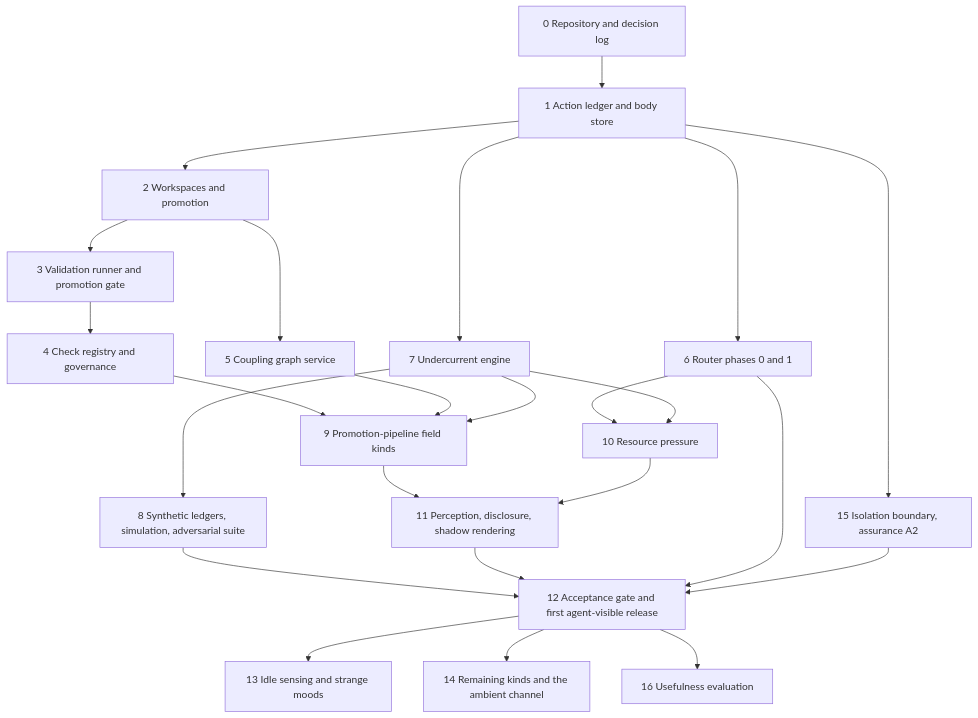
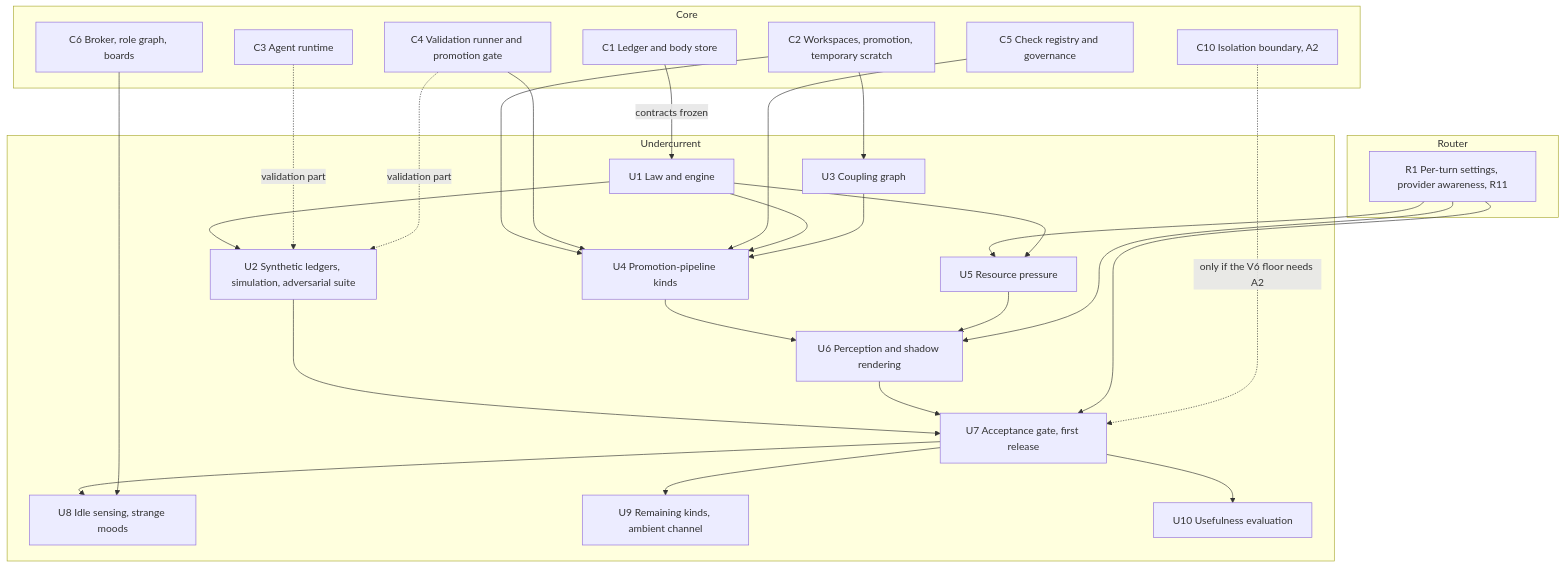
One commit to Darius-PJ/dwarf-harness changed the diagram in docs/ROADMAP-UNDERCURRENT.md. Above: the diagram before and after it, drawn with Mermaid. The commit also changed other lines of this file and 9 other files, not shown here.

First line of the commit message:
docs: record implementation walkthrough decisions and split the roadmap

````diff
--- a/docs/ROADMAP-UNDERCURRENT.md
+++ b/docs/ROADMAP-UNDERCURRENT.md
@@ -38,26 +68,48 @@
 ```mermaid
 flowchart TD
-  S0[0 Repository and decision log] --> S1[1 Action ledger and body store]
-  S1 --> S2[2 Workspaces and promotion]
-  S1 --> S6[6 Router phases 0 and 1]
-  S2 --> S3[3 Validation runner and promotion gate]
-  S3 --> S4[4 Check registry and governance]
-  S2 --> S5[5 Coupling graph service]
-  S1 --> S7[7 Undercurrent engine]
-  S7 --> S8[8 Synthetic ledgers, simulation, adversarial suite]
-  S4 --> S9[9 Promotion-pipeline field kinds]
-  S5 --> S9
-  S7 --> S9
-  S6 --> S10[10 Resource pressure]
-  S7 --> S10
-  S9 --> S11[11 Perception, disclosure, shadow rendering]
-  S10 --> S11
-  S8 --> S12[12 Acceptance gate and first agent-visible release]
-  S11 --> S12
-  S6 --> S12
-  S12 --> S13[13 Idle sensing and strange moods]
-  S12 --> S14[14 Remaining kinds and the ambient channel]
-  S1 --> S15[15 Isolation boundary, assurance A2]
-  S15 --> S12
-  S12 --> S16[16 Usefulness evaluation]
+  subgraph Core
+    C1[C1 Ledger and body store]
+    C2[C2 Workspaces, promotion, temporary scratch]
+    C3[C3 Agent runtime]
+    C4[C4 Validation runner and promotion gate]
+    C5[C5 Check registry and governance]
+    C6[C6 Broker, role graph, boards]
+    C10[C10 Isolation boundary, A2]
+  end
+  subgraph Router
+    R1[R1 Per-turn settings, provider awareness, R11]
+  end
+  subgraph Undercurrent
+    U1[U1 Law and engine] --> U2[U2 Synthetic ledgers, simulation, adversarial suite]
+    U3[U3 Coupling graph]
+    U4[U4 Promotion-pipeline kinds]
+    U5[U5 Resource pressure]
+    U6[U6 Perception and shadow rendering]
+    U7[U7 Acceptance gate, first release]
+    U8[U8 Idle sensing, strange moods]
+    U9[U9 Remaining kinds, ambient channel]
+    U10[U10 Usefulness evaluation]
+  end
+  C1 -->|contracts frozen| U1
+  C3 -.->|validation part| U2
+  C4 -.->|validation part| U2
+  C2 --> U3
+  C2 --> U4
+  C4 --> U4
+  C5 --> U4
+  U1 --> U4
+  U3 --> U4
+  R1 --> U5
+  U1 --> U5
+  U4 --> U6
+  U5 --> U6
+  R1 --> U6
+  U2 --> U7
+  U6 --> U7
+  R1 --> U7
+  C10 -.->|only if the V6 floor needs A2| U7
+  U7 --> U8
+  C6 --> U8
+  U7 --> U9
+  U7 --> U10
 ```
````
